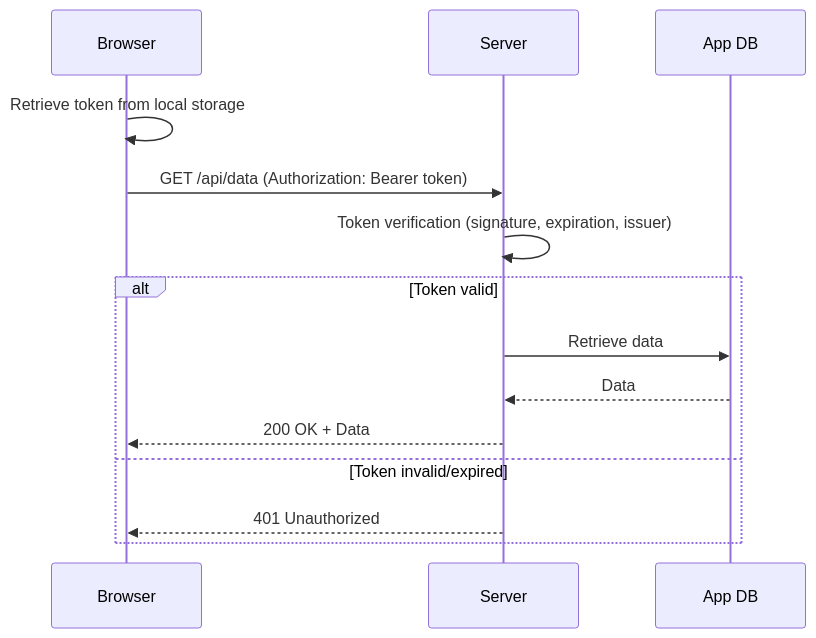
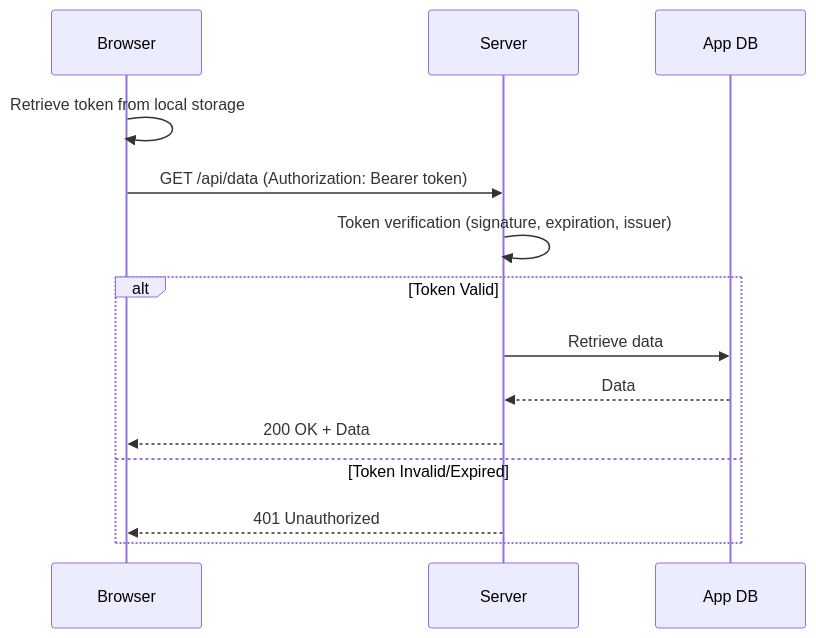
One commit to bmf-san/bmf-tech changed the seventh of 8 diagrams in content/en/posts/session-token-authentication.md. Above: the diagram before and after it, drawn with Mermaid. The commit also changed other lines of this file and 425 other files, not shown here.

````diff
--- a/content/en/posts/session-token-authentication.md
+++ b/content/en/posts/session-token-authentication.md
@@ -305,18 +307,18 @@
 ```mermaid
 sequenceDiagram
     participant B as Browser
     participant S as Server
     participant DB as App DB
 
     B->>B: Retrieve token from local storage
     B->>S: GET /api/data (Authorization: Bearer token)
     S->>S: Token verification (signature, expiration, issuer)
 
-    alt Token valid
+    alt Token Valid
         S->>DB: Retrieve data
         DB-->>S: Data
         S-->>B: 200 OK + Data
-    else Token invalid/expired
+    else Token Invalid/Expired
         S-->>B: 401 Unauthorized
     end
 ```
````
